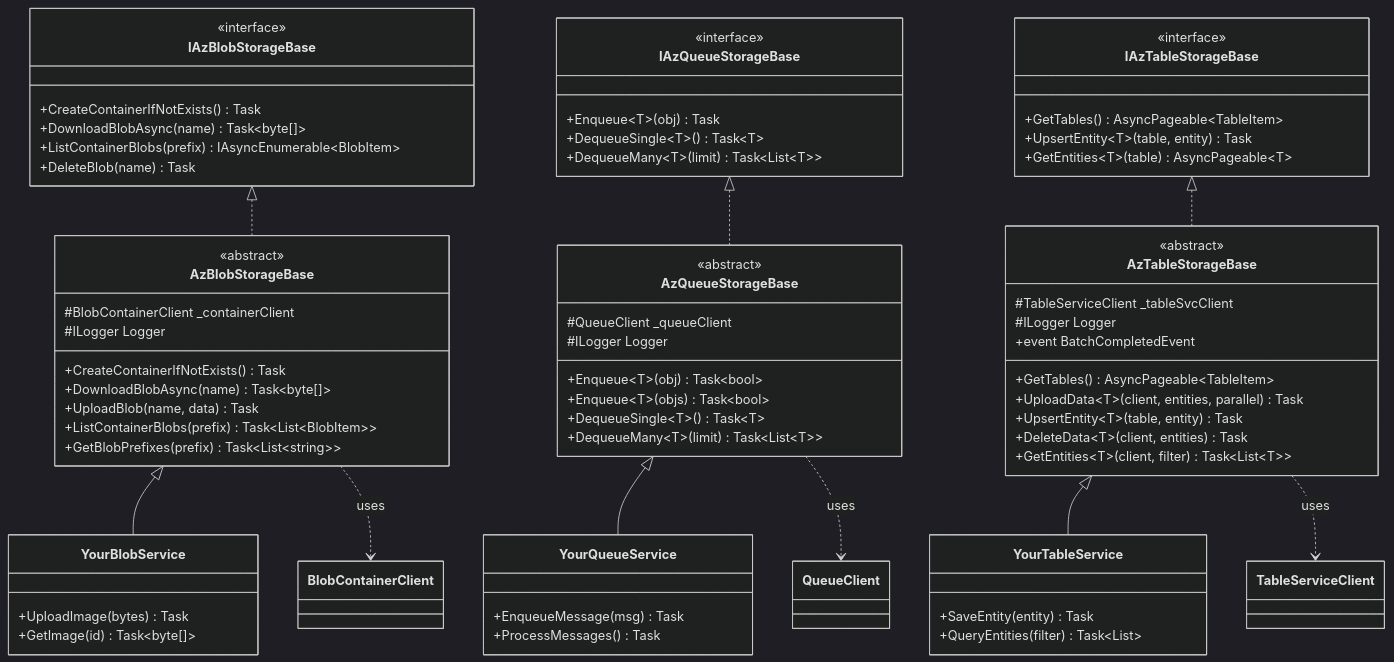
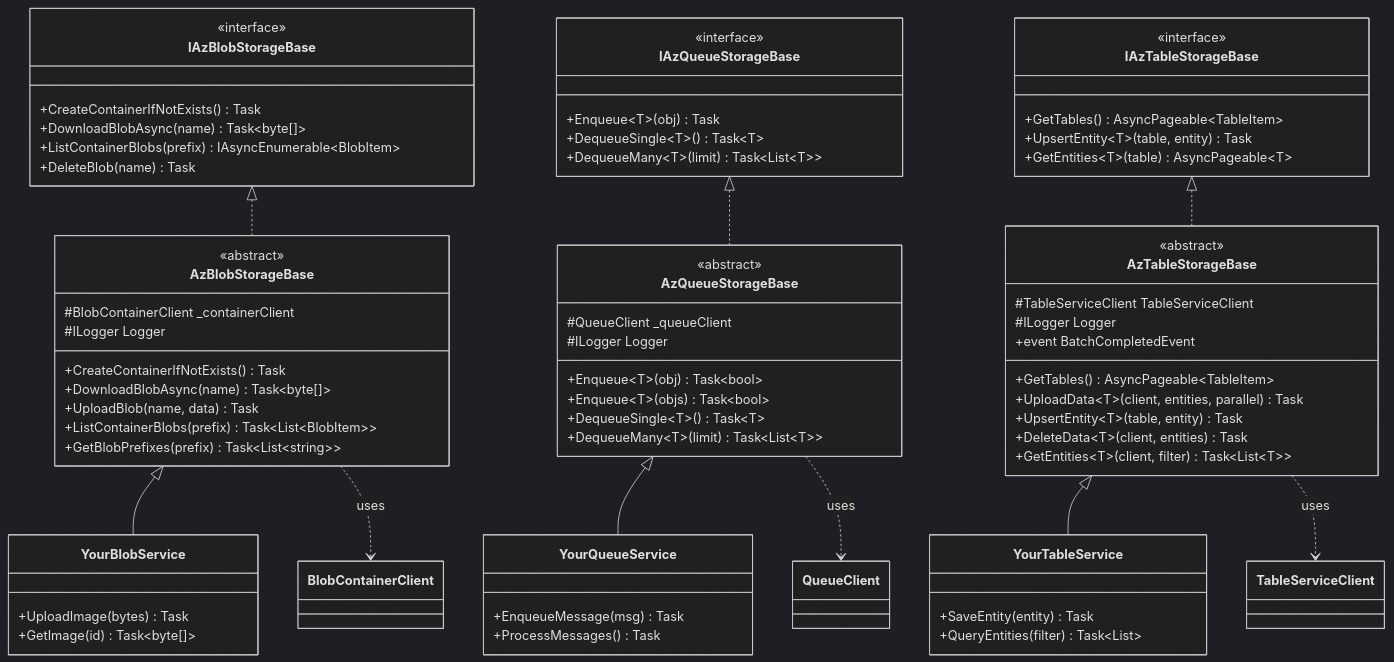
The diagram in src/CasCap.Api.Azure.Storage/README.md (f2calv/CasCap.Api.Azure), drawn with Mermaid (dark theme) before and after one commit. The commit also changed 8 other files, not shown here.

```diff
--- a/src/CasCap.Api.Azure.Storage/README.md
+++ b/src/CasCap.Api.Azure.Storage/README.md
@@ -106,7 +106,7 @@
 
     class AzTableStorageBase {
         <<abstract>>
-        #TableServiceClient _tableSvcClient
+        #TableServiceClient TableServiceClient
         #ILogger Logger
         +event BatchCompletedEvent
         +GetTables() AsyncPageable~TableItem~
```
